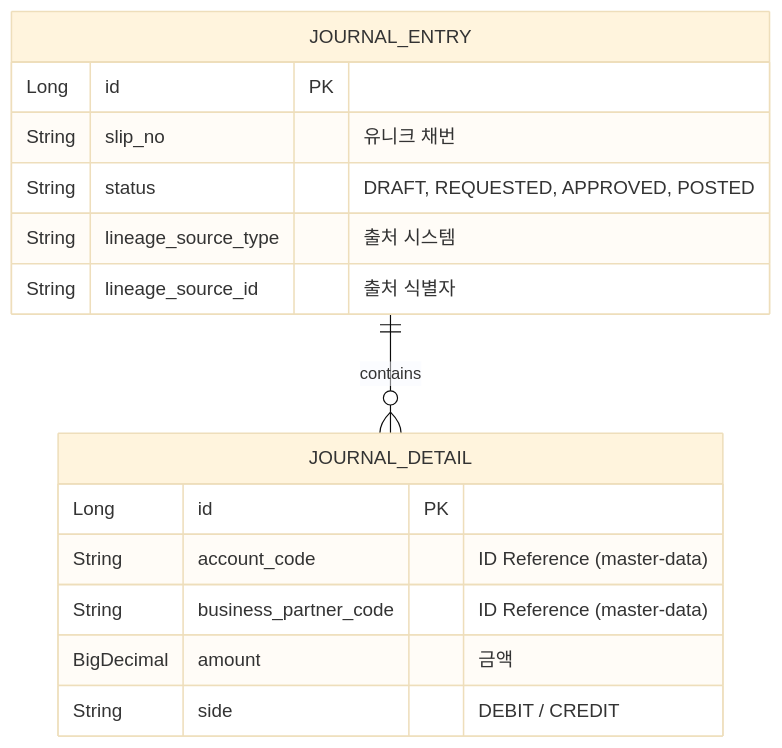
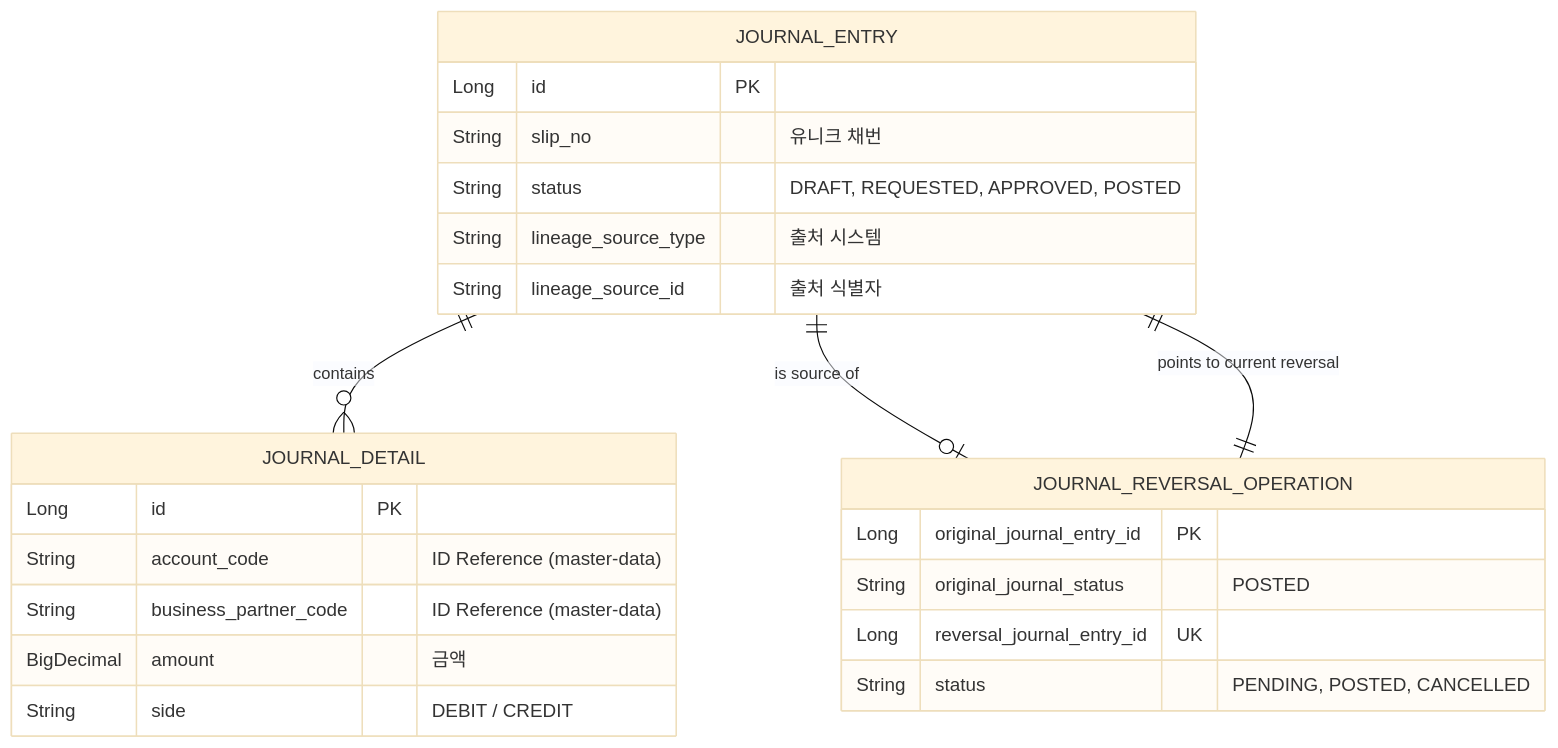
Before and after one commit to skyg547/account: the third of 3 diagrams in journal-ledger/README.md, drawn with Mermaid (base theme). The commit also changed other lines of this file and 28 other files, not shown here.

````diff
--- a/journal-ledger/README.md
+++ b/journal-ledger/README.md
@@ -76,18 +77,26 @@
 ```mermaid
 erDiagram
     JOURNAL_ENTRY ||--o{ JOURNAL_DETAIL : "contains"
+    JOURNAL_ENTRY ||--o| JOURNAL_REVERSAL_OPERATION : "is source of"
+    JOURNAL_REVERSAL_OPERATION ||--|| JOURNAL_ENTRY : "points to current reversal"
     JOURNAL_ENTRY {
         Long id PK
         String slip_no "유니크 채번"
         String status "DRAFT, REQUESTED, APPROVED, POSTED"
         String lineage_source_type "출처 시스템"
         String lineage_source_id "출처 식별자"
     }
     JOURNAL_DETAIL {
         Long id PK
         String account_code "ID Reference (master-data)"
         String business_partner_code "ID Reference (master-data)"
         BigDecimal amount "금액"
         String side "DEBIT / CREDIT"
     }
+    JOURNAL_REVERSAL_OPERATION {
+        Long original_journal_entry_id PK
+        String original_journal_status "POSTED"
+        Long reversal_journal_entry_id UK
+        String status "PENDING, POSTED, CANCELLED"
+    }
 ```
````
